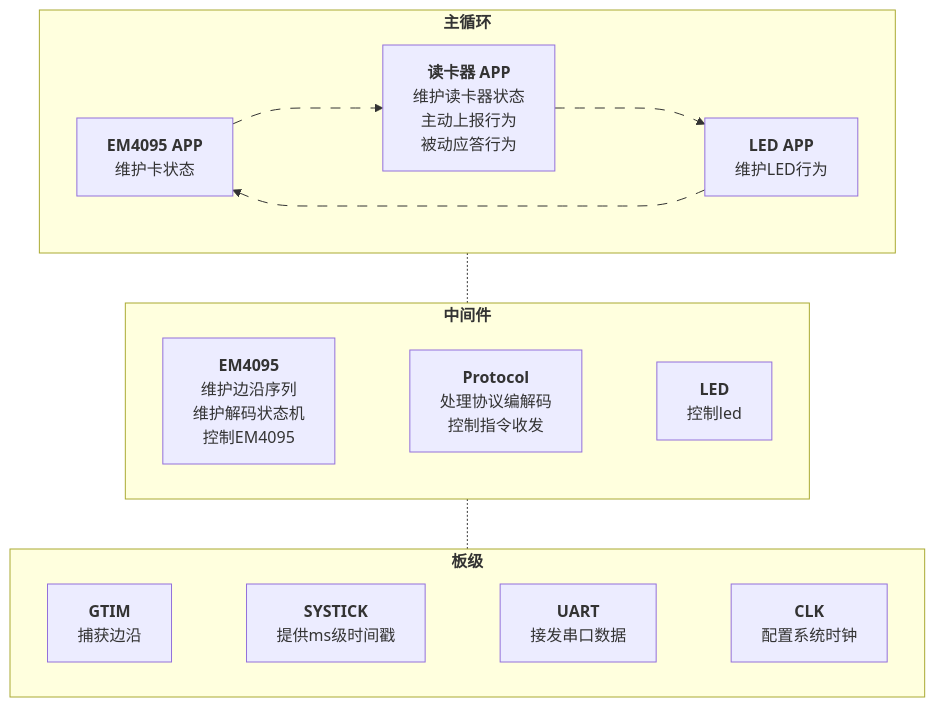
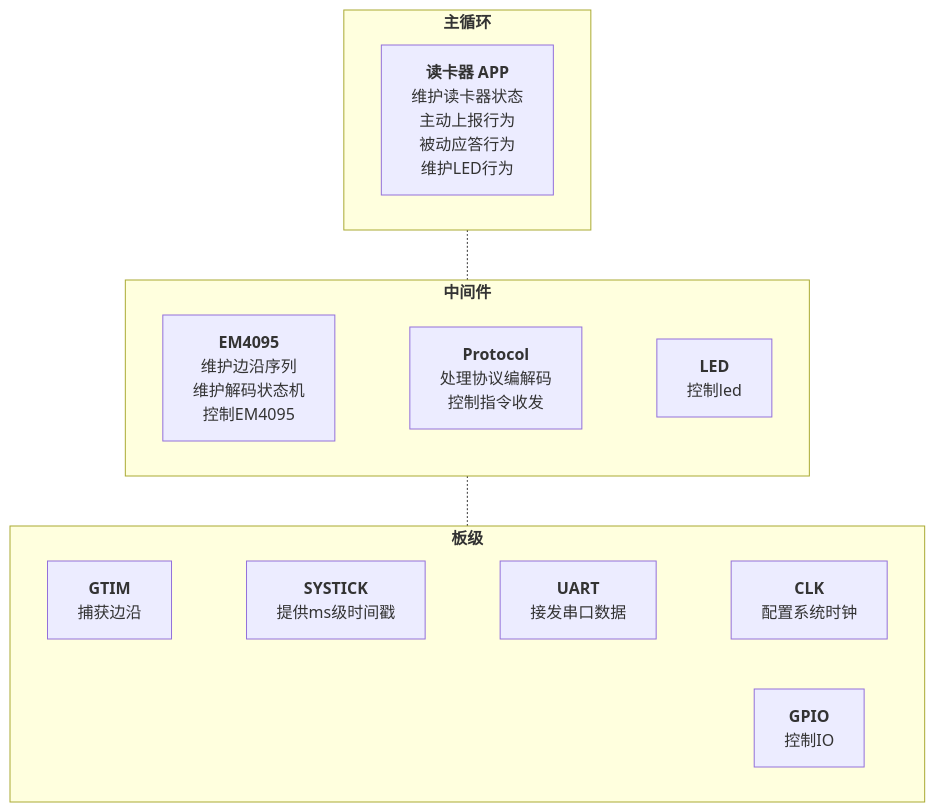
One commit to Siaiai/ObsidianNote changed the sixth of 6 diagrams in 工作/[[SR3读卡器]]/260804SR3框架整理.md. Above: the diagram before and after it, drawn with Mermaid. The commit also changed other lines of this file, not shown here.

Commit message:
[自动]笔记同步:2026-08-05 13:27:58 涉及文件个数:1
Affected files:
工作/[[SR3读卡器]]/260804SR3框架整理.md

````diff
--- a/工作/[[SR3读卡器]]/260804SR3框架整理.md
+++ b/工作/[[SR3读卡器]]/260804SR3框架整理.md
@@ -257,58 +257,49 @@
 ```mermaid
 flowchart TB
 	subgraph MAIN["`**主循环**`"]
 		direction LR
-		APP_EM4095["`**EM4095 APP** 
-		维护卡状态`"]
 		APP_READER["`**读卡器 APP**
 		维护读卡器状态
 		主动上报行为
-		被动应答行为`"]
-		APP_LED["`**LED APP**
+		被动应答行为
 		维护LED行为`"]
-		
-		APP_EM4095 e1@---> APP_READER
-		APP_READER e2@---> APP_LED
-		APP_LED e3@---> APP_EM4095
-		
-		classDef animate stroke-dasharray: 10,5,stroke-dashoffset: 5000,animation: dash 25s linear infinite; 
-		class e1 animate
-		class e2 animate
-		class e3 animate
 	end
 	subgraph MID["`**中间件**`"]
 		direction LR
 		MID_EM4095["`**EM4095** 
 		维护边沿序列
 		维护解码状态机
 		控制EM4095`"]
 		MID_READER["`**Protocol**
 		处理协议编解码
 		控制指令收发`"]
 		MID_LED["`**LED**
 		控制led`"]
 		
 		MID_EM4095 ~~~ MID_READER
 		MID_READER ~~~ MID_LED
 	end
 	subgraph BSP["`**板级**`"]
 		direction LR
 		BSP_GTIM["`**GTIM**
 		捕获边沿
 		`"]
 		BSP_CLK["`**CLK**
 		配置系统时钟
 		`"]
 		BSP_SYSTICK["`**SYSTICK**
 		提供ms级时间戳
 		`"]
 		BSP_UART["`**UART**
 		接发串口数据
 		`"]
+		BSP_GPIO["`**GPIO**
+		控制IO
+		`"]
 		BSP_GTIM ~~~ BSP_SYSTICK
 		BSP_SYSTICK ~~~ BSP_UART
 		BSP_UART ~~~ BSP_CLK
 	end
 	MAIN -.- MID
 	MID -.- BSP
 ```
````
